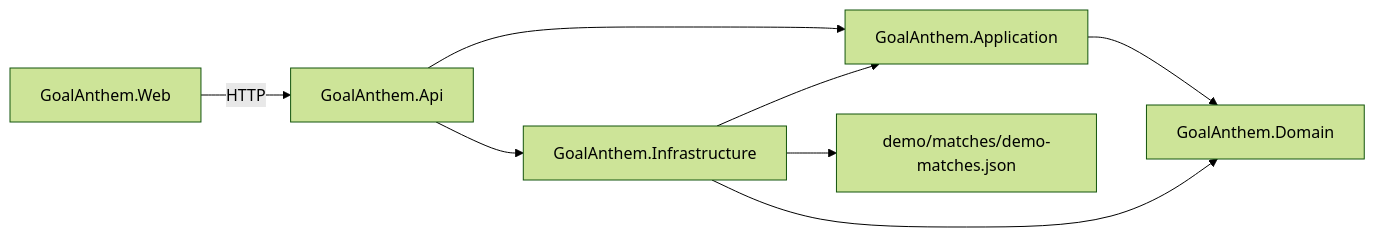
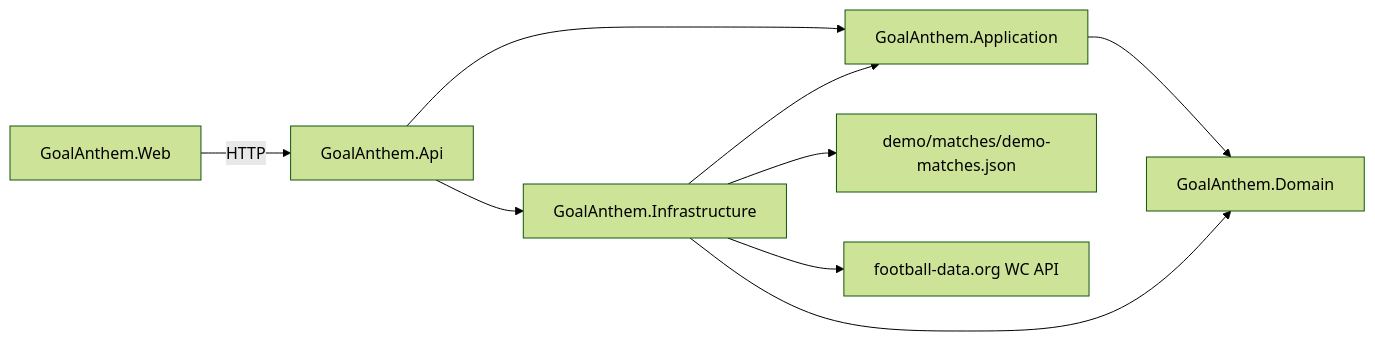
One commit to HugoSpangberg/play-your-goal-anthem changed the diagram in README.md. Above: the diagram before and after it, drawn with Mermaid (forest theme). The commit also changed other lines of this file and 33 other files, not shown here.

````diff
--- a/README.md
+++ b/README.md
@@ -40,10 +49,11 @@
 ```mermaid
 flowchart LR
   Web[GoalAnthem.Web] -->|HTTP| Api[GoalAnthem.Api]
   Api --> Application[GoalAnthem.Application]
   Api --> Infrastructure[GoalAnthem.Infrastructure]
   Application --> Domain[GoalAnthem.Domain]
   Infrastructure --> Application
   Infrastructure --> Domain
   Infrastructure --> DemoData[demo/matches/demo-matches.json]
+  Infrastructure --> FootballData[football-data.org WC API]
 ```
````
